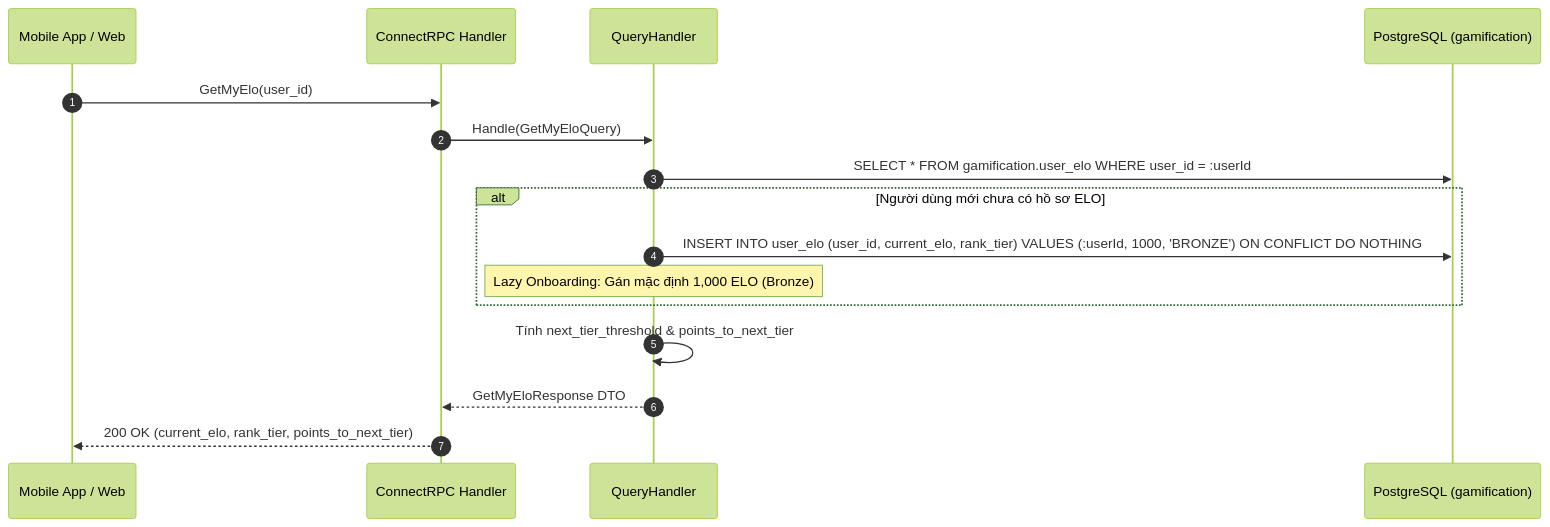
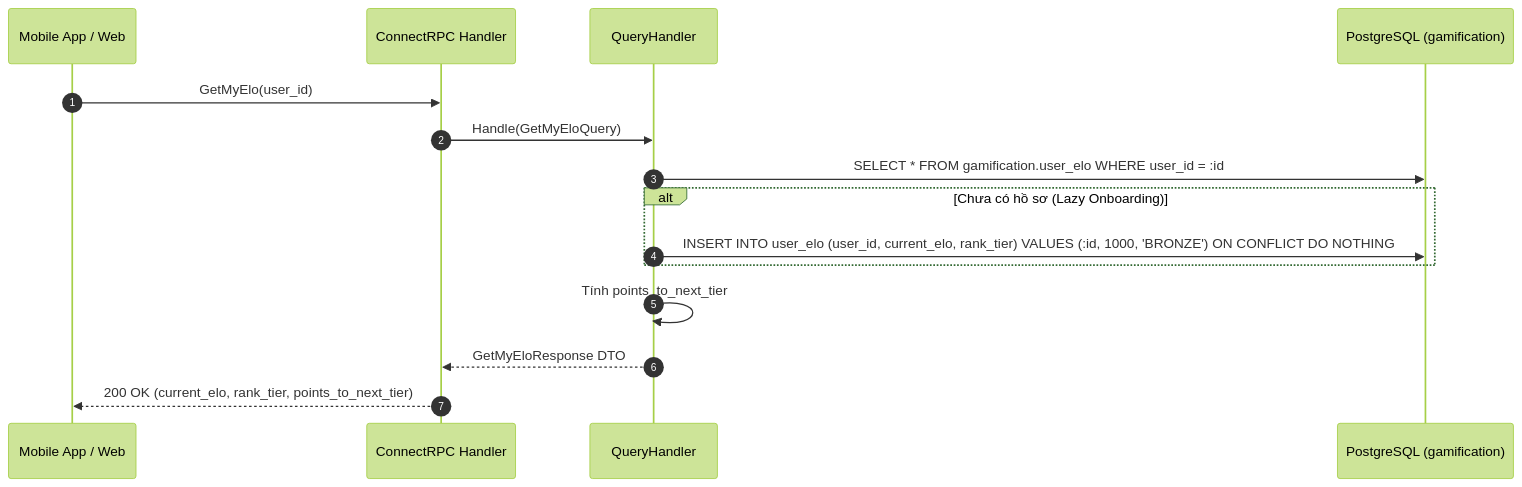
The seventh of 7 diagrams in internal/gamification/docs/features/elo-and-rank-tiers/02-design.md (viethung213/gym-companion), drawn with Mermaid (forest theme) before and after one commit. The commit also changed other lines of this file and 3 other files, not shown here.

````diff
--- a/internal/gamification/docs/features/elo-and-rank-tiers/02-design.md
+++ b/internal/gamification/docs/features/elo-and-rank-tiers/02-design.md
@@ -442,19 +350,18 @@
 ```mermaid
 sequenceDiagram
     autonumber
     participant Client as Mobile App / Web
     participant RPC as ConnectRPC Handler
     participant Qry as QueryHandler
     participant DB as PostgreSQL (gamification)
 
     Client->>RPC: GetMyElo(user_id)
     RPC->>Qry: Handle(GetMyEloQuery)
-    Qry->>DB: SELECT * FROM gamification.user_elo WHERE user_id = :userId
-    alt Người dùng mới chưa có hồ sơ ELO
-        Qry->>DB: INSERT INTO user_elo (user_id, current_elo, rank_tier) VALUES (:userId, 1000, 'BRONZE') ON CONFLICT DO NOTHING
-        Note over Qry: Lazy Onboarding: Gán mặc định 1,000 ELO (Bronze)
+    Qry->>DB: SELECT * FROM gamification.user_elo WHERE user_id = :id
+    alt Chưa có hồ sơ (Lazy Onboarding)
+        Qry->>DB: INSERT INTO user_elo (user_id, current_elo, rank_tier) VALUES (:id, 1000, 'BRONZE') ON CONFLICT DO NOTHING
     end
-    Qry->>Qry: Tính next_tier_threshold & points_to_next_tier
+    Qry->>Qry: Tính points_to_next_tier
     Qry-->>RPC: GetMyEloResponse DTO
     RPC-->>Client: 200 OK (current_elo, rank_tier, points_to_next_tier)
 ```
````
